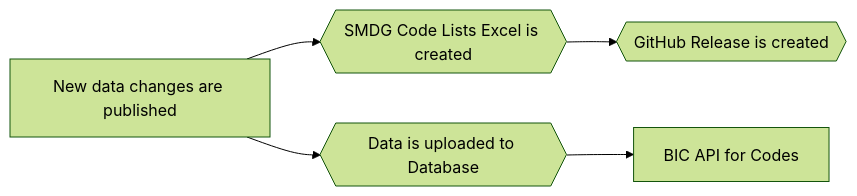
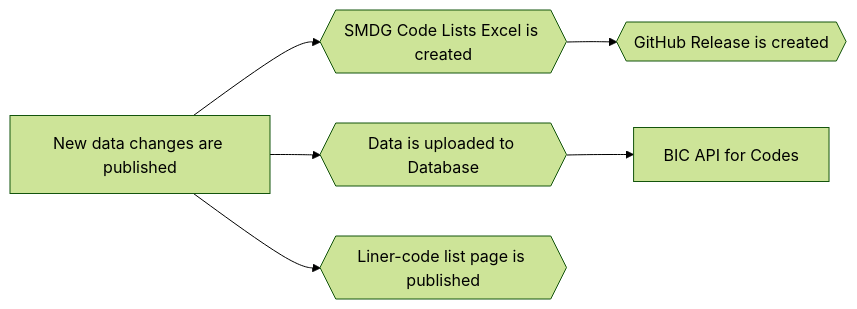
The second of 3 diagrams in docs/DATA-HANDLING.md (smdg-org/code-lists), drawn with Mermaid (forest theme) before and after one commit. The commit also changed other lines of this file and 19 other files, not shown here.

Commit message:
Publish liner-code pages from main via GitHub Actions (#219)

````diff
--- a/docs/DATA-HANDLING.md
+++ b/docs/DATA-HANDLING.md
@@ -39,15 +41,18 @@
 ```mermaid
 flowchart LR
     push[New data changes are published]
     packxls{{SMDG Code Lists Excel is created}}
     release{{GitHub Release is created}}
     upload{{Data is uploaded to Database}}
     api[BIC API for Codes]
+    pages{{Liner-code list page is published}}
 
     push --> packxls
     packxls --> release
 
     push --> upload
     upload --> api
 
+    push --> pages
+
 ```
````
